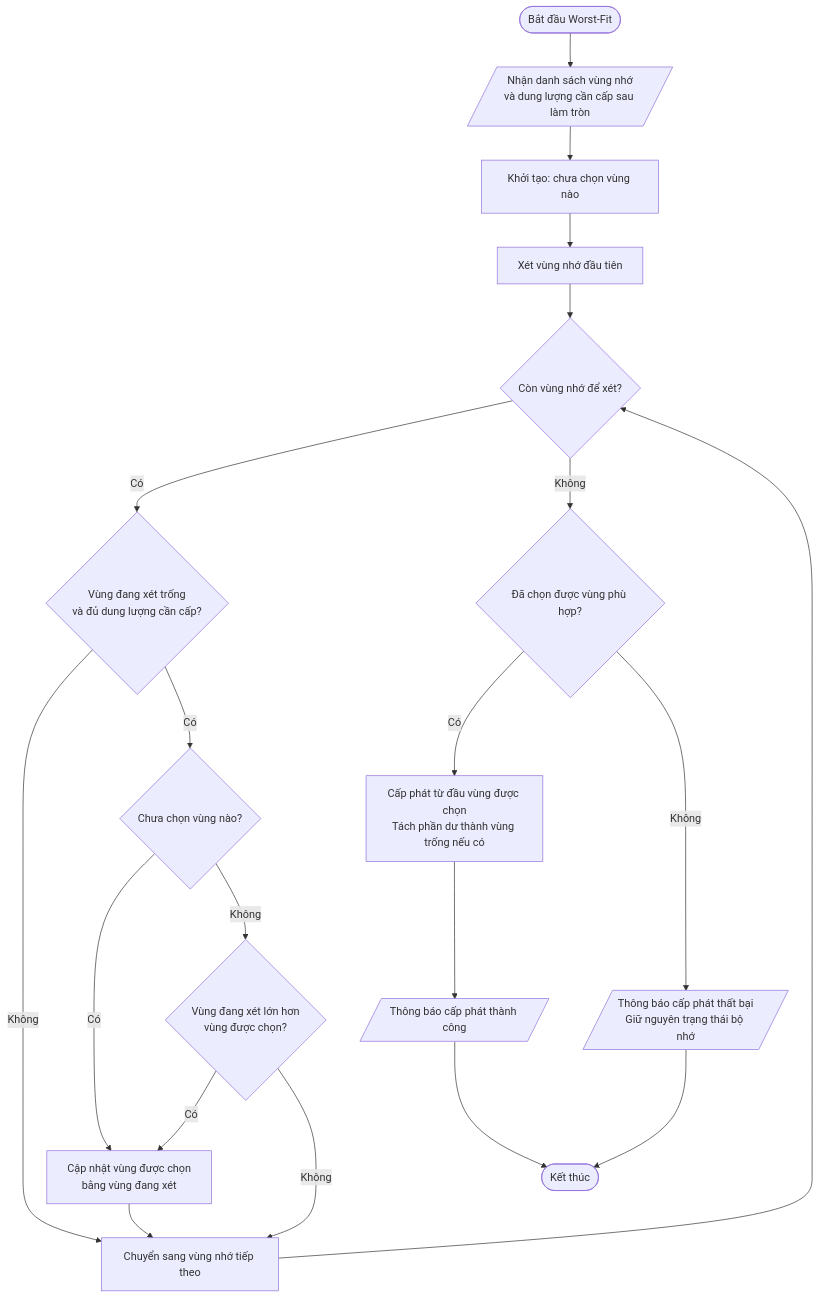
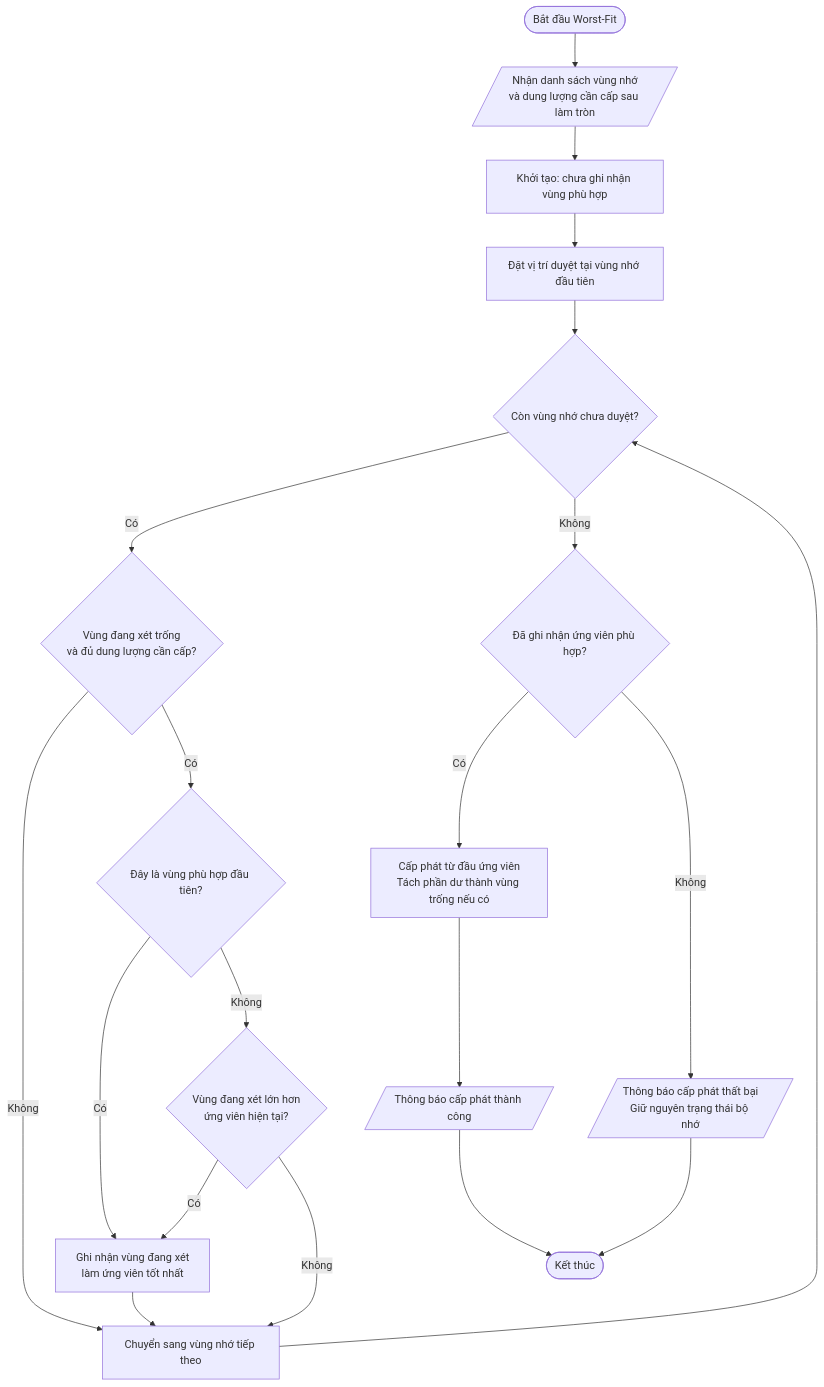
One commit to GiaHung305/OS_MEM_11_Nhom03 changed the fourth of 4 diagrams in report/spec.md. Above: the diagram before and after it, drawn with Mermaid. The commit also changed other lines of this file, not shown here.

Commit message:
Clarify allocation flowcharts

````diff
--- a/report/spec.md
+++ b/report/spec.md
@@ -264,23 +264,23 @@
 ```mermaid
 flowchart TD
     WF_START([Bắt đầu Worst-Fit])
     WF_START --> WF_INPUT[/"Nhận danh sách vùng nhớ<br/>và dung lượng cần cấp sau làm tròn"/]
-    WF_INPUT --> WF_INIT["Khởi tạo: chưa chọn vùng nào"]
-    WF_INIT --> WF_FIRST["Xét vùng nhớ đầu tiên"]
-    WF_FIRST --> WF_MORE{"Còn vùng nhớ để xét?"}
+    WF_INPUT --> WF_INIT["Khởi tạo: chưa ghi nhận vùng phù hợp"]
+    WF_INIT --> WF_FIRST["Đặt vị trí duyệt tại vùng nhớ đầu tiên"]
+    WF_FIRST --> WF_MORE{"Còn vùng nhớ chưa duyệt?"}
     WF_MORE -->|Có| WF_FITS{"Vùng đang xét trống<br/>và đủ dung lượng cần cấp?"}
     WF_FITS -->|Không| WF_NEXT["Chuyển sang vùng nhớ tiếp theo"]
-    WF_FITS -->|Có| WF_EMPTY{"Chưa chọn vùng nào?"}
-    WF_EMPTY -->|Có| WF_SELECT["Cập nhật vùng được chọn<br/>bằng vùng đang xét"]
-    WF_EMPTY -->|Không| WF_BETTER{"Vùng đang xét lớn hơn<br/>vùng được chọn?"}
+    WF_FITS -->|Có| WF_EMPTY{"Đây là vùng phù hợp đầu tiên?"}
+    WF_EMPTY -->|Có| WF_SELECT["Ghi nhận vùng đang xét<br/>làm ứng viên tốt nhất"]
+    WF_EMPTY -->|Không| WF_BETTER{"Vùng đang xét lớn hơn<br/>ứng viên hiện tại?"}
     WF_BETTER -->|Có| WF_SELECT
     WF_BETTER -->|Không| WF_NEXT
     WF_SELECT --> WF_NEXT
     WF_NEXT --> WF_MORE
-    WF_MORE -->|Không| WF_FOUND{"Đã chọn được vùng phù hợp?"}
-    WF_FOUND -->|Có| WF_ALLOC["Cấp phát từ đầu vùng được chọn<br/>Tách phần dư thành vùng trống nếu có"]
+    WF_MORE -->|Không| WF_FOUND{"Đã ghi nhận ứng viên phù hợp?"}
+    WF_FOUND -->|Có| WF_ALLOC["Cấp phát từ đầu ứng viên<br/>Tách phần dư thành vùng trống nếu có"]
     WF_ALLOC --> WF_SUCCESS[/"Thông báo cấp phát thành công"/]
     WF_FOUND -->|Không| WF_FAIL[/"Thông báo cấp phát thất bại<br/>Giữ nguyên trạng thái bộ nhớ"/]
     WF_SUCCESS --> WF_END([Kết thúc])
     WF_FAIL --> WF_END
 ```
````
